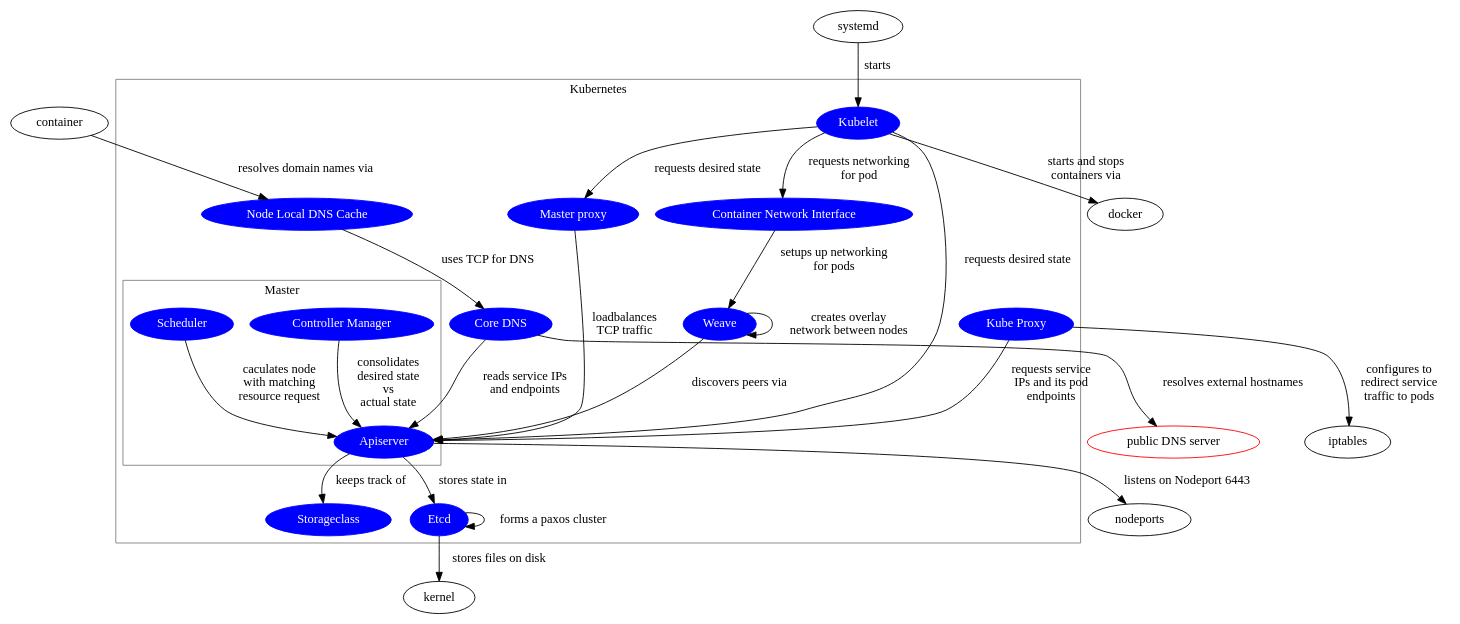
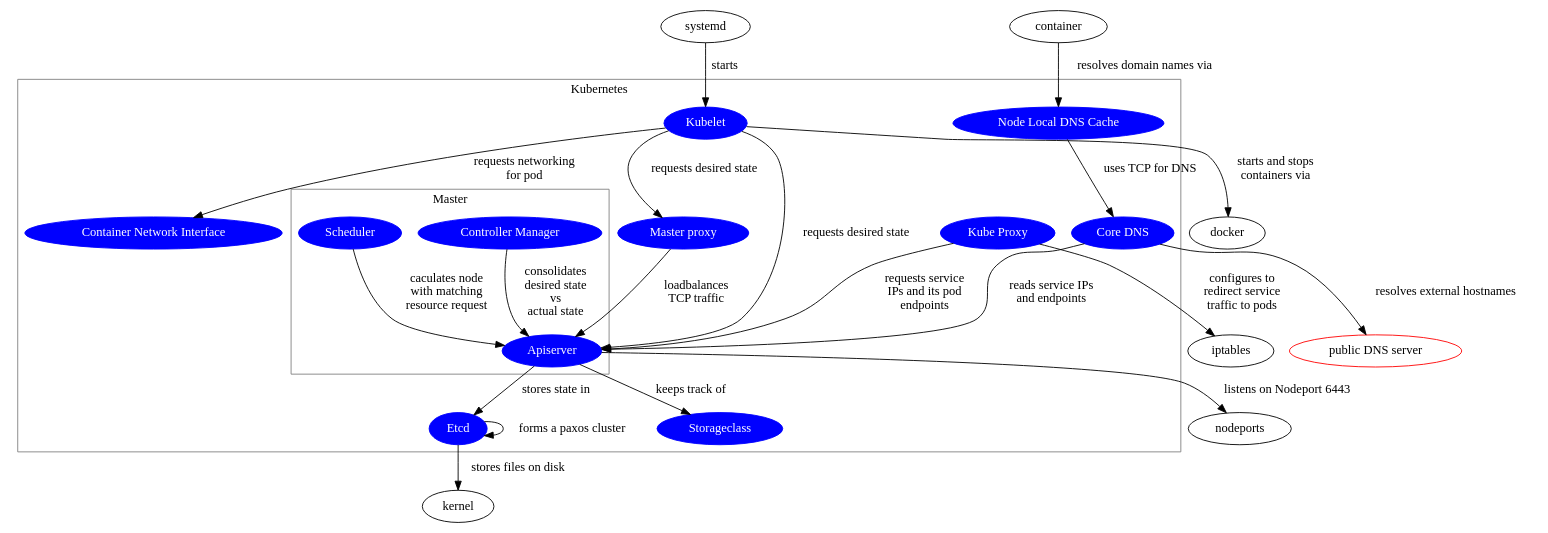
One commit to utopia-planitia/kubernetes changed the diagram in dependencies.dot. Above: the diagram before and after it, drawn with Graphviz. The commit also changed 9 other files, not shown here.

```diff
--- a/dependencies.dot
+++ b/dependencies.dot
@@ -1,53 +1,49 @@
 digraph {
 
 subgraph cluster_master {   // perrepo
     label="Kubernetes";     // perrepo
     color=grey;             // perrepo
     
     kubelet       [fontcolor=white, color=blue, style=filled, label="Kubelet"]
     kubeproxy     [fontcolor=white, color=blue, style=filled, label="Kube Proxy"]
     masterproxy   [fontcolor=white, color=blue, style=filled, label="Master proxy"]
     dnscache      [fontcolor=white, color=blue, style=filled, label="Node Local DNS Cache"]
     internaldns   [fontcolor=white, color=blue, style=filled, label="Core DNS"]
     etcd          [fontcolor=white, color=blue, style=filled, label="Etcd"]
-    weave         [fontcolor=white, color=blue, style=filled, label="Weave"]
     cni           [fontcolor=white, color=blue, style=filled, label="Container Network Interface"]
     storage_class [fontcolor=white, color=blue, style=filled, label="Storageclass"]
 
     subgraph cluster_master {   // perrepo
         label="Master";         // perrepo
         color=grey;             // perrepo
 
         apiserver   [fontcolor=white, color=blue, style=filled, label="Apiserver"]
         controller  [fontcolor=white, color=blue, style=filled, label="Controller Manager"]
         scheduler   [fontcolor=white, color=blue, style=filled, label="Scheduler"]
     }   // perrepo
 
 }   // perrepo
 
 upstream_dns [color=red, label="public DNS server"]
 
 etcd -> etcd                [label="forms a paxos cluster"]
 apiserver -> etcd           [label="stores state in"]
 apiserver -> nodeports      [label="listens on Nodeport 6443"]
 controller -> apiserver     [label="consolidates\ndesired state\nvs\nactual state "]
 scheduler -> apiserver      [label="caculates node\nwith matching\nresource request"]
 kubelet -> apiserver        [label="requests desired state"]
 kubelet -> masterproxy      [label="requests desired state"]
 masterproxy -> apiserver    [label="loadbalances\nTCP traffic"]
 systemd -> kubelet          [label="starts"]
 container -> dnscache       [label="resolves domain names via"]
 kubelet -> docker           [label="starts and stops\ncontainers via"]
 kubelet -> cni              [label="requests networking\nfor pod"]
-cni -> weave                [label="setups up networking\nfor pods"]
 kubeproxy -> apiserver      [label="requests service\nIPs and its pod\nendpoints"]
 kubeproxy -> iptables       [label="configures to\nredirect service\ntraffic to pods"]
-weave -> apiserver          [label="discovers peers via"]
-weave -> weave              [label="creates overlay\nnetwork between nodes"]
 internaldns -> apiserver    [label="reads service IPs\nand endpoints"]
 internaldns -> upstream_dns [label="resolves external hostnames"]
 dnscache -> internaldns     [label="uses TCP for DNS"]
 etcd -> kernel              [label="stores files on disk"]
 apiserver -> storage_class  [label="keeps track of"]
 
 }
```
